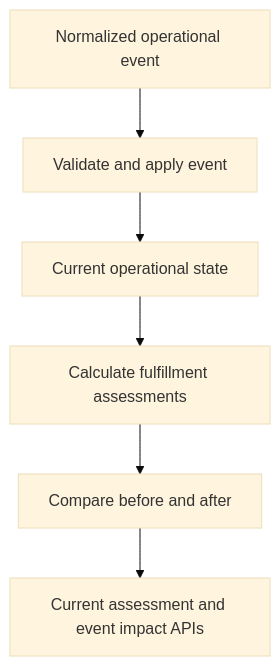
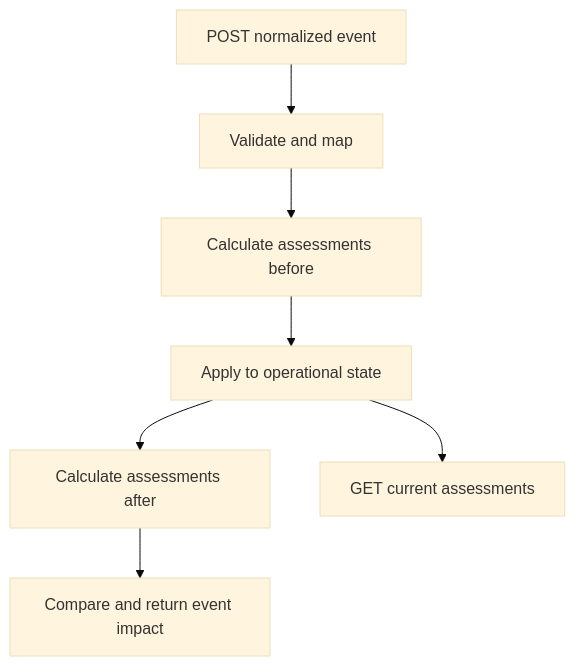
The second of 2 diagrams in README.md (jackcritzer/operations-intelligence), drawn with Mermaid (base theme) before and after one commit. The commit also changed other lines of this file and 2 other files, not shown here.

````diff
--- a/README.md
+++ b/README.md
@@ -82,8 +82,9 @@
 ```mermaid
 flowchart TD
-    A["Normalized operational event"] --> B["Validate and apply event"]
-    B --> C["Current operational state"]
-    C --> D["Calculate fulfillment assessments"]
-    D --> E["Compare before and after"]
-    E --> F["Current assessment and event impact APIs"]
+    A["POST normalized event"] --> B["Validate and map"]
+    B --> C["Calculate assessments before"]
+    C --> D["Apply to operational state"]
+    D --> E["Calculate assessments after"]
+    E --> F["Compare and return event impact"]
+    D --> G["GET current assessments"]
 ```
````
